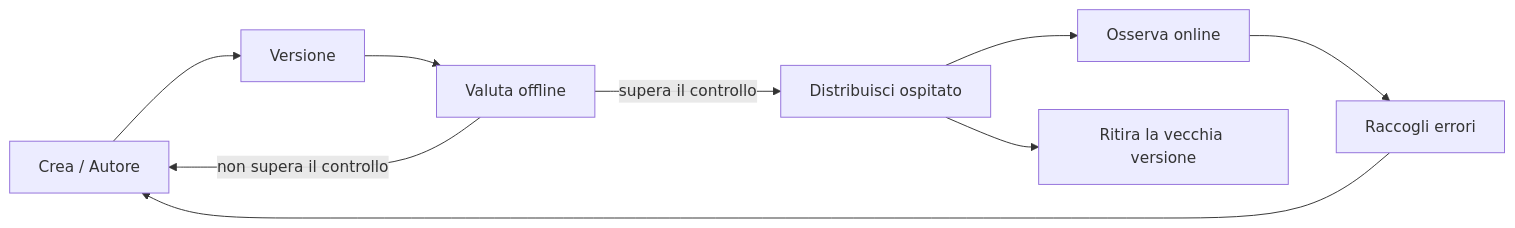
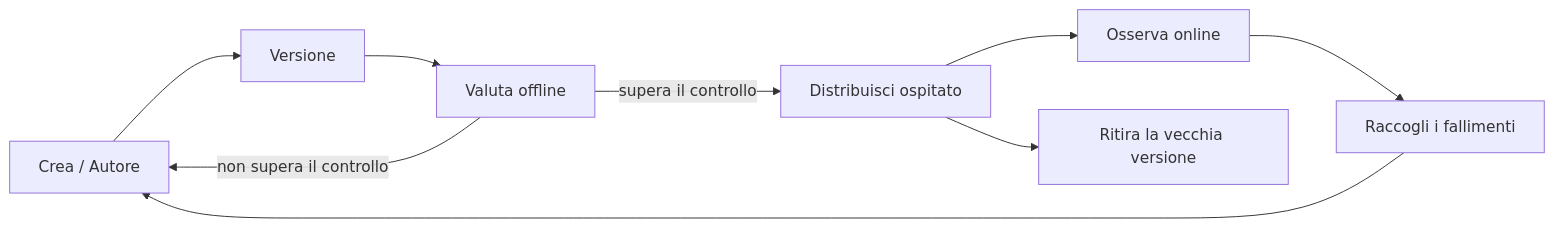
One commit to gabrielmoreira/agent-skills-mirror changed the second of 4 diagrams in mirrors/repos/microsoft@ai-agents-for-beginners/translations/it/16-deploying-scalable-agents/README.md. Above: the diagram before and after it, drawn with Mermaid. The commit also changed other lines of this file and 3581 other files, not shown here.

````diff
--- a/mirrors/repos/microsoft@ai-agents-for-beginners/translations/it/16-deploying-scalable-agents/README.md
+++ b/mirrors/repos/microsoft@ai-agents-for-beginners/translations/it/16-deploying-scalable-agents/README.md
@@ -108,11 +108,11 @@
 ```mermaid
 flowchart LR
     Create[Crea / Autore] --> Version[Versione]
     Version --> Evaluate[Valuta offline]
     Evaluate -->|supera il controllo| Deploy[Distribuisci ospitato]
     Evaluate -->|non supera il controllo| Create
     Deploy --> Observe[Osserva online]
-    Observe --> Improve[Raccogli errori]
+    Observe --> Improve[Raccogli i fallimenti]
     Improve --> Create
     Deploy --> Retire[Ritira la vecchia versione]
 ```
````
